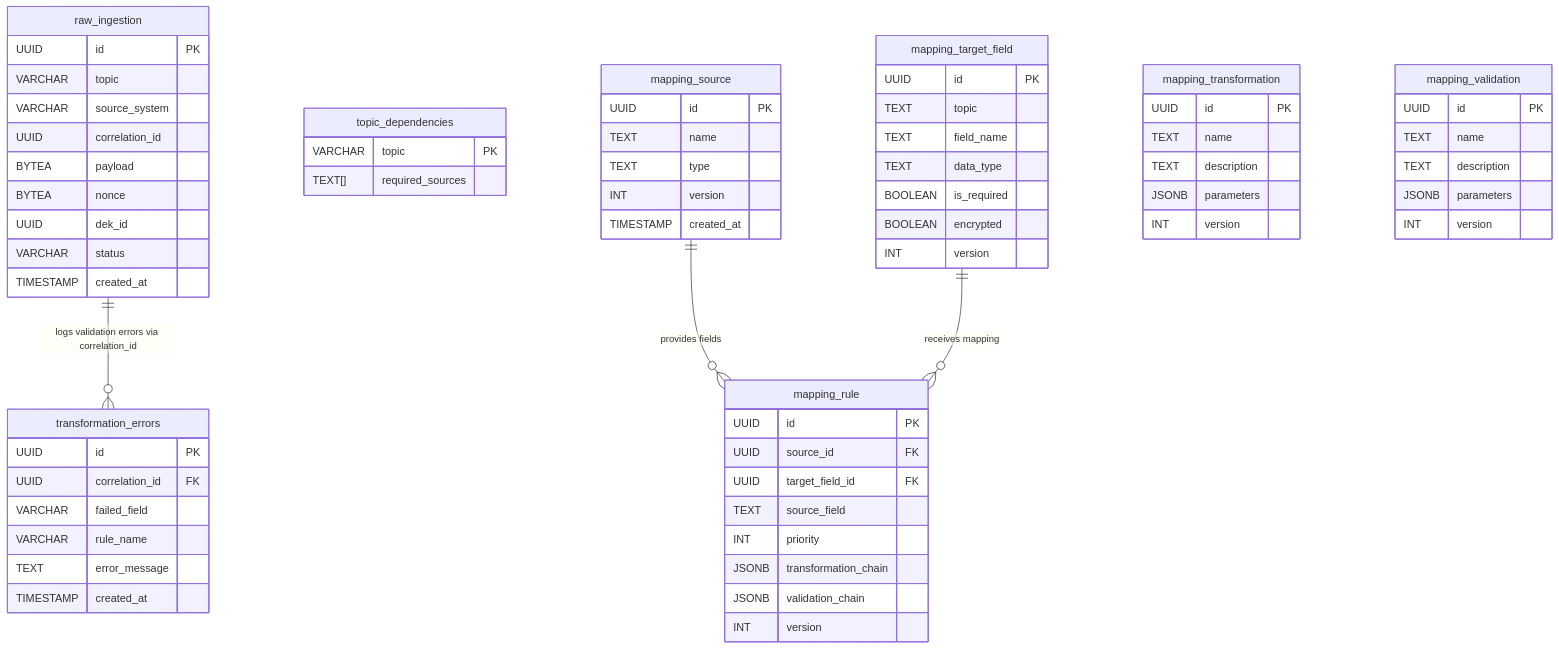
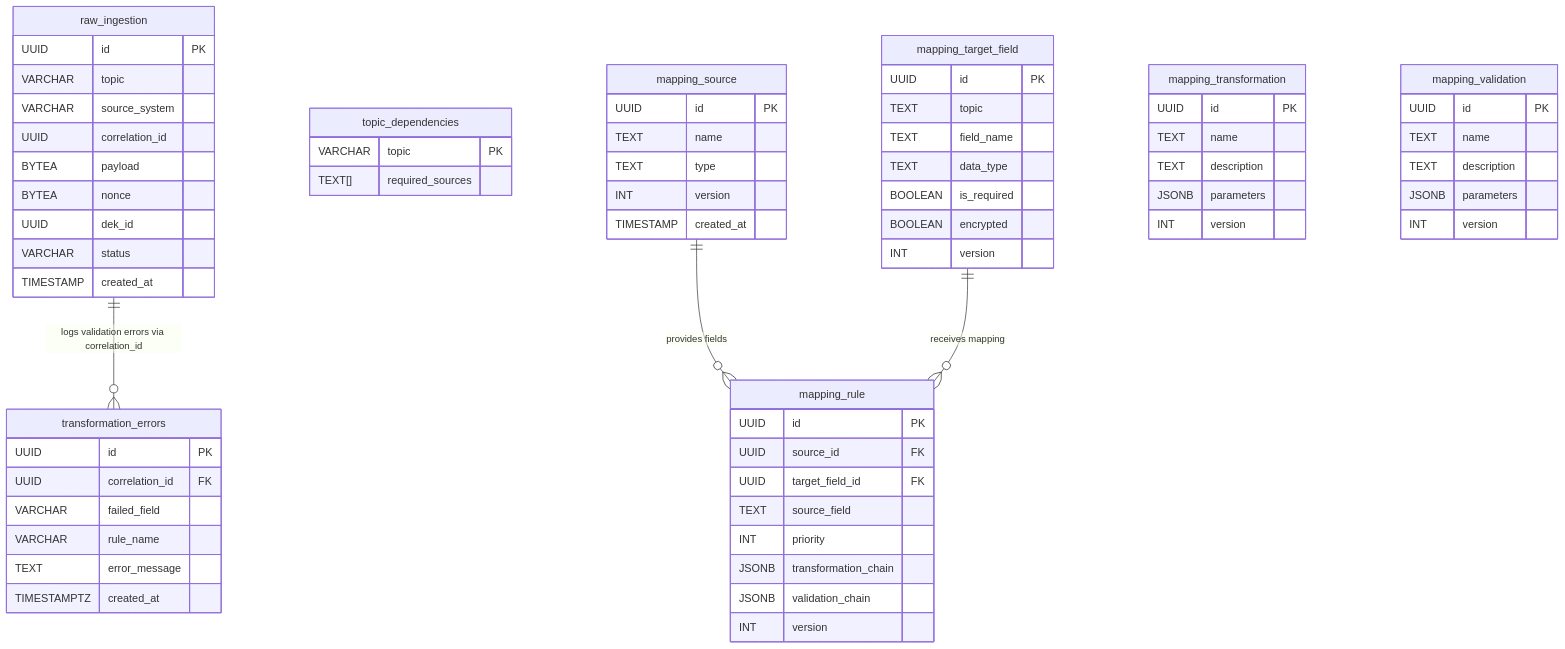
The second of 3 diagrams in docs/Transformation-layer/README.md (Zheng-Bote/mitm-2), drawn with Mermaid before and after one commit. The commit also changed other lines of this file and 4 other files, not shown here.

First line of the commit message:
fix(db): store transformation_errors.created_at as TIMESTAMPTZ

````diff
--- a/docs/Transformation-layer/README.md
+++ b/docs/Transformation-layer/README.md
@@ -44,77 +44,77 @@
 ```mermaid
 erDiagram
     raw_ingestion {
         UUID id PK
         VARCHAR topic
         VARCHAR source_system
         UUID correlation_id
         BYTEA payload
         BYTEA nonce
         UUID dek_id
         VARCHAR status
         TIMESTAMP created_at
     }
 
     transformation_errors {
         UUID id PK
         UUID correlation_id FK
         VARCHAR failed_field
         VARCHAR rule_name
         TEXT error_message
-        TIMESTAMP created_at
+        TIMESTAMPTZ created_at
     }
 
     topic_dependencies {
         VARCHAR topic PK
         TEXT[] required_sources
     }
 
     mapping_source {
         UUID id PK
         TEXT name
         TEXT type
         INT version
         TIMESTAMP created_at
     }
 
     mapping_target_field {
         UUID id PK
         TEXT topic
         TEXT field_name
         TEXT data_type
         BOOLEAN is_required
         BOOLEAN encrypted
         INT version
     }
 
     mapping_rule {
         UUID id PK
         UUID source_id FK
         UUID target_field_id FK
         TEXT source_field
         INT priority
         JSONB transformation_chain
         JSONB validation_chain
         INT version
     }
 
     mapping_transformation {
         UUID id PK
         TEXT name
         TEXT description
         JSONB parameters
         INT version
     }
 
     mapping_validation {
         UUID id PK
         TEXT name
         TEXT description
         JSONB parameters
         INT version
     }
 
     raw_ingestion ||--o{ transformation_errors : "logs validation errors via correlation_id"
     mapping_source ||--o{ mapping_rule : "provides fields"
     mapping_target_field ||--o{ mapping_rule : "receives mapping"
 ```
````
